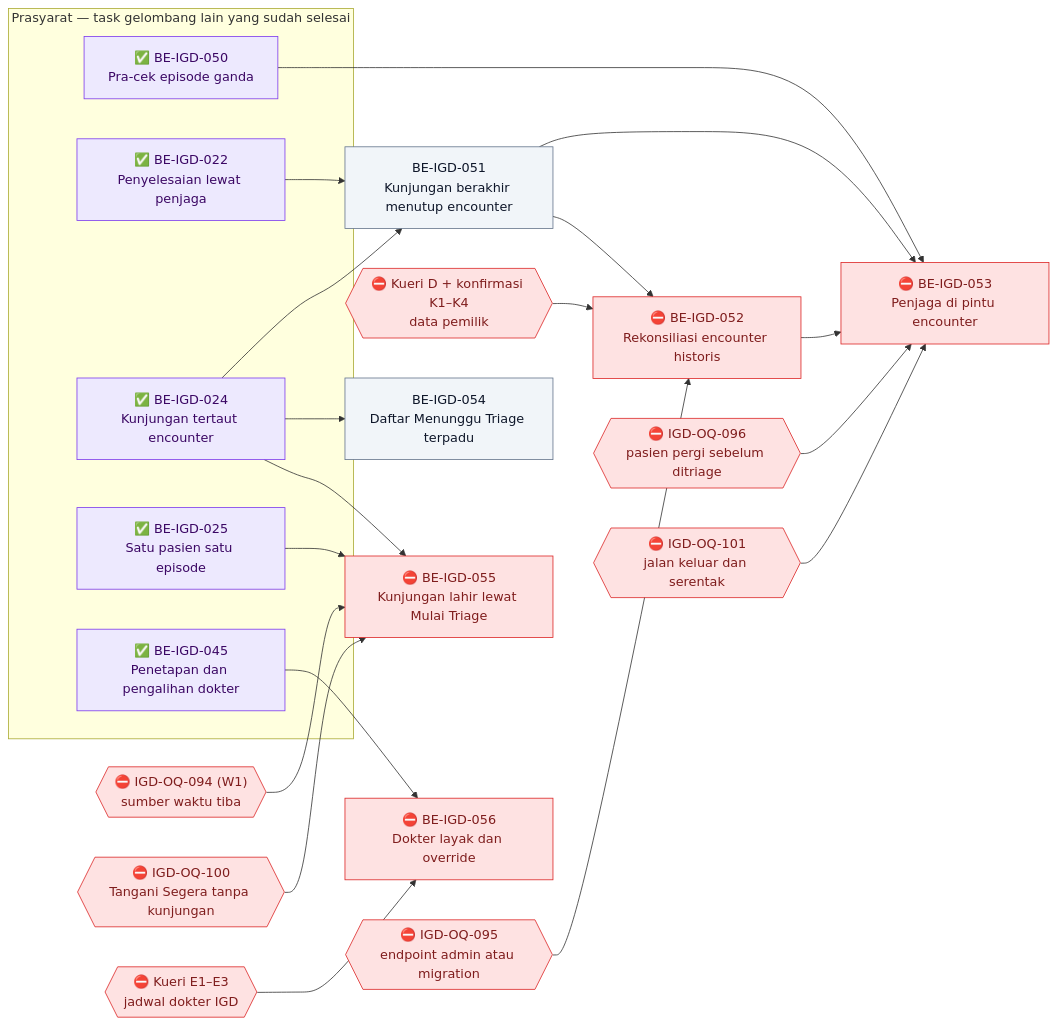
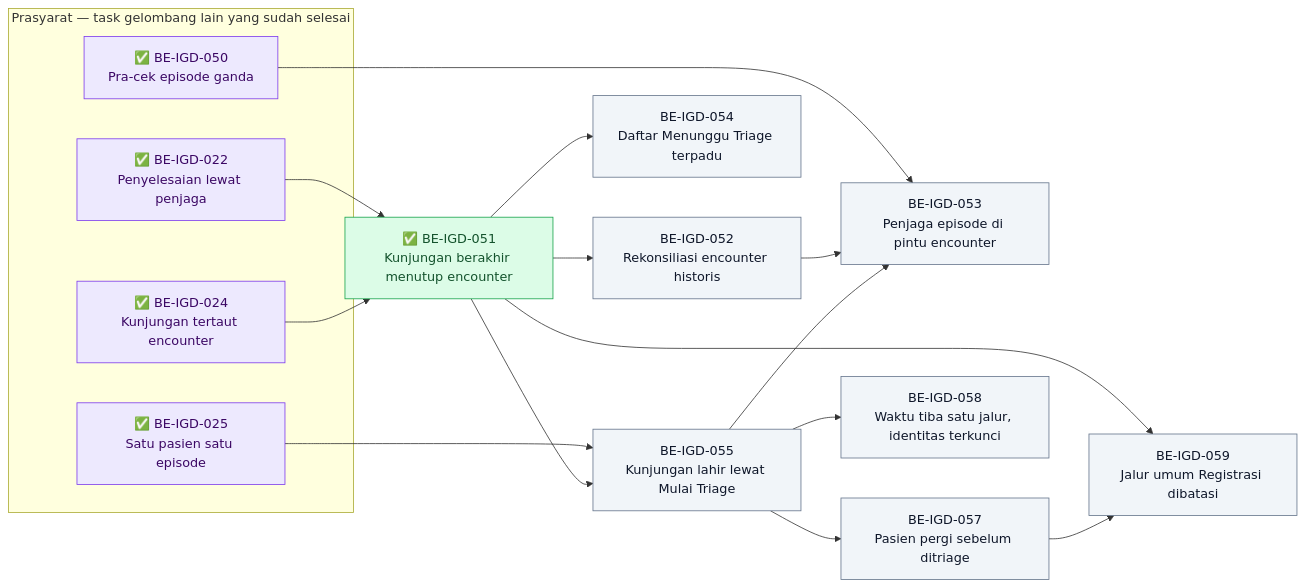
The tenth of 11 diagrams in docs/module-blueprints/igd/roadmap/backend-roadmap.md (DevBenari/NewQuilvianSystemBackend), drawn with Mermaid before and after one commit. The commit also changed other lines of this file and 18 other files, not shown here.

````diff
--- a/docs/module-blueprints/igd/roadmap/backend-roadmap.md
+++ b/docs/module-blueprints/igd/roadmap/backend-roadmap.md
@@ -1913,49 +1979,38 @@
 ```mermaid
 flowchart LR
     classDef selesai fill:#DCFCE7,stroke:#16A34A,color:#14532D
     classDef sebagian fill:#FEF9C3,stroke:#CA8A04,color:#713F12
     classDef terblokir fill:#FEE2E2,stroke:#DC2626,color:#7F1D1D
     classDef belum fill:#F1F5F9,stroke:#64748B,color:#0F172A
     classDef luar fill:#EDE9FE,stroke:#7C3AED,color:#3B0764
 
     subgraph prasyarat["Prasyarat — task gelombang lain yang sudah selesai"]
         BEIGD022["✅ BE-IGD-022<br/>Penyelesaian lewat penjaga"]:::luar
         BEIGD024["✅ BE-IGD-024<br/>Kunjungan tertaut encounter"]:::luar
         BEIGD025["✅ BE-IGD-025<br/>Satu pasien satu episode"]:::luar
-        BEIGD045["✅ BE-IGD-045<br/>Penetapan dan pengalihan dokter"]:::luar
         BEIGD050["✅ BE-IGD-050<br/>Pra-cek episode ganda"]:::luar
     end
 
-    KUERID{{"⛔ Kueri D + konfirmasi K1–K4<br/>data pemilik"}}:::terblokir
-    OQ095{{"⛔ IGD-OQ-095<br/>endpoint admin atau migration"}}:::terblokir
-    OQ096{{"⛔ IGD-OQ-096<br/>pasien pergi sebelum ditriage"}}:::terblokir
-    OQ101{{"⛔ IGD-OQ-101<br/>jalan keluar dan serentak"}}:::terblokir
-    OQ094{{"⛔ IGD-OQ-094 (W1)<br/>sumber waktu tiba"}}:::terblokir
-    OQ100{{"⛔ IGD-OQ-100<br/>Tangani Segera tanpa kunjungan"}}:::terblokir
-    E13{{"⛔ Kueri E1–E3<br/>jadwal dokter IGD"}}:::terblokir
-
-    BEIGD051["BE-IGD-051<br/>Kunjungan berakhir menutup encounter"]:::belum
-    BEIGD052["⛔ BE-IGD-052<br/>Rekonsiliasi encounter historis"]:::terblokir
-    BEIGD053["⛔ BE-IGD-053<br/>Penjaga di pintu encounter"]:::terblokir
+    BEIGD051["✅ BE-IGD-051<br/>Kunjungan berakhir menutup encounter"]:::selesai
+    BEIGD052["BE-IGD-052<br/>Rekonsiliasi encounter historis"]:::belum
     BEIGD054["BE-IGD-054<br/>Daftar Menunggu Triage terpadu"]:::belum
-    BEIGD055["⛔ BE-IGD-055<br/>Kunjungan lahir lewat Mulai Triage"]:::terblokir
-    BEIGD056["⛔ BE-IGD-056<br/>Dokter layak dan override"]:::terblokir
+    BEIGD055["BE-IGD-055<br/>Kunjungan lahir lewat Mulai Triage"]:::belum
+    BEIGD053["BE-IGD-053<br/>Penjaga episode di pintu encounter"]:::belum
+    BEIGD057["BE-IGD-057<br/>Pasien pergi sebelum ditriage"]:::belum
+    BEIGD058["BE-IGD-058<br/>Waktu tiba satu jalur, identitas terkunci"]:::belum
+    BEIGD059["BE-IGD-059<br/>Jalur umum Registrasi dibatasi"]:::belum
 
     BEIGD022 --> BEIGD051
     BEIGD024 --> BEIGD051
     BEIGD051 --> BEIGD052
-    KUERID --> BEIGD052
-    OQ095 --> BEIGD052
+    BEIGD051 --> BEIGD054
+    BEIGD025 --> BEIGD055
+    BEIGD051 --> BEIGD055
     BEIGD050 --> BEIGD053
-    BEIGD051 --> BEIGD053
     BEIGD052 --> BEIGD053
-    OQ096 --> BEIGD053
-    OQ101 --> BEIGD053
-    BEIGD024 --> BEIGD054
-    BEIGD024 --> BEIGD055
-    BEIGD025 --> BEIGD055
-    OQ094 --> BEIGD055
-    OQ100 --> BEIGD055
-    BEIGD045 --> BEIGD056
-    E13 --> BEIGD056
+    BEIGD055 --> BEIGD053
+    BEIGD055 --> BEIGD057
+    BEIGD055 --> BEIGD058
+    BEIGD051 --> BEIGD059
+    BEIGD057 --> BEIGD059
 ```
````
